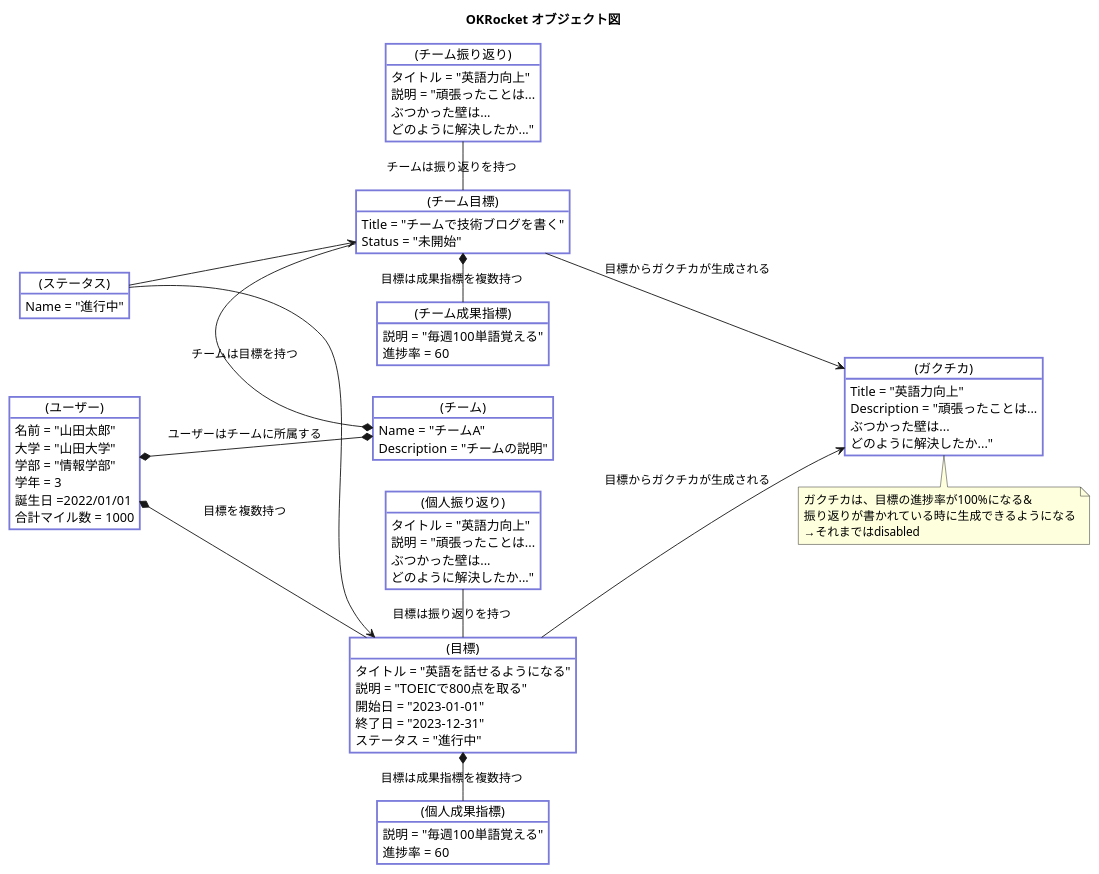
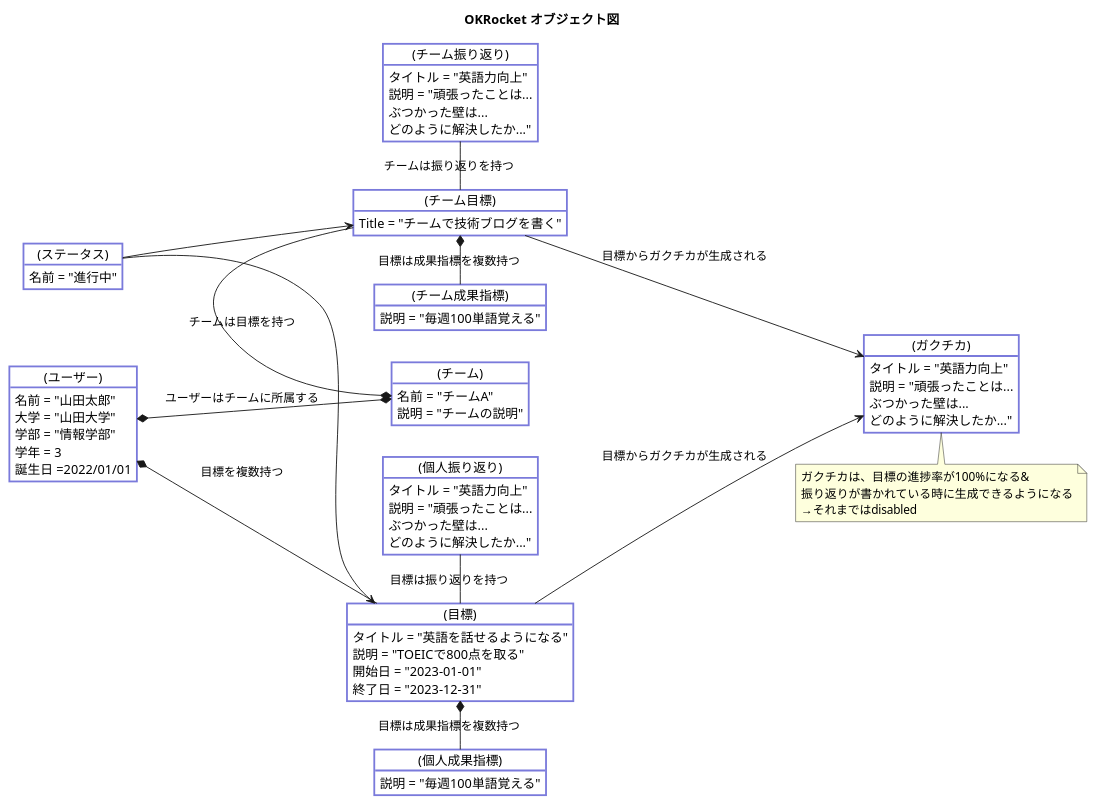
The diagram in docs/3-object/ALLObjective.pu (Yuma-Tsukakoshi/OKRocket), drawn with PlantUML before and after one commit. The commit also changed 2 other files, not shown here.

Commit message:
change: オブジェクト図改修

```diff
--- a/docs/3-object/ALLObjective.pu
+++ b/docs/3-object/ALLObjective.pu
@@ -1,91 +1,86 @@
 @startuml
 title OKRocket オブジェクト図
 
 left to right direction
 
 skinparam object {
   BackgroundColor #ffffff
   BorderColor #7a7adb
   FontColor #000000
   BorderThickness 2
 }
 
 object "(ユーザー)" as User {
   名前 = "山田太郎"
   大学 = "山田大学"
   学部 = "情報学部"
   学年 = 3
   誕生日 =2022/01/01
-  合計マイル数 = 1000
 }
 
 object "(目標)" as Objective {
   タイトル = "英語を話せるようになる"
   説明 = "TOEICで800点を取る"
   開始日 = "2023-01-01"
   終了日 = "2023-12-31"
-  ステータス = "進行中"
 }
 
 object "(個人成果指標)" as KeyResult {
   説明 = "毎週100単語覚える"
-  進捗率 = 60
 }
 
 object "(チーム成果指標)" as TeamKeyResult {
   説明 = "毎週100単語覚える"
-  進捗率 = 60
 }
 
 object "(個人振り返り)" as Reflection {
   タイトル = "英語力向上"
   説明 = "頑張ったことは...\nぶつかった壁は...\nどのように解決したか..."
 }
 object "(チーム振り返り)" as TeamReflection {
   タイトル = "英語力向上"
   説明 = "頑張ったことは...\nぶつかった壁は...\nどのように解決したか..."
 }
 
 object "(ガクチカ)" as Gakutika {
-  Title = "英語力向上"
-  Description = "頑張ったことは...\nぶつかった壁は...\nどのように解決したか..."
+  タイトル = "英語力向上"
+  説明 = "頑張ったことは...\nぶつかった壁は...\nどのように解決したか..."
 }
 note bottom of Gakutika
   ガクチカは、目標の進捗率が100%になる&
   振り返りが書かれている時に生成できるようになる
   →それまではdisabled
 end note
 
 
 object "(チーム)" as Team {
-  Name = "チームA"
-  Description = "チームの説明"
+  名前 = "チームA"
+  説明 = "チームの説明"
 }
 
 object "(チーム目標)" as TeamObjective {
   Title = "チームで技術ブログを書く"
-  Status = "未開始"
 }
 
 object "(ステータス)" as Status {
-  Name = "進行中"
+  名前 = "進行中"
 }
 
 User *--* Team : "ユーザーはチームに所属する"
 
 Objective -up-* User : "目標を複数持つ"
 Objective *- KeyResult : "目標は成果指標を複数持つ"
 Objective -left- Reflection : "目標は振り返りを持つ"
 
 TeamObjective -* Team : "チームは目標を持つ"
 TeamObjective *-  TeamKeyResult : "目標は成果指標を複数持つ"
 TeamObjective -left- TeamReflection : "チームは振り返りを持つ"
 
 Objective --> Gakutika : "目標からガクチカが生成される"
 TeamObjective --> Gakutika : "目標からガクチカが生成される"
 
 Status --> TeamObjective
 Status --> Objective
 
 
 @enduml
```
